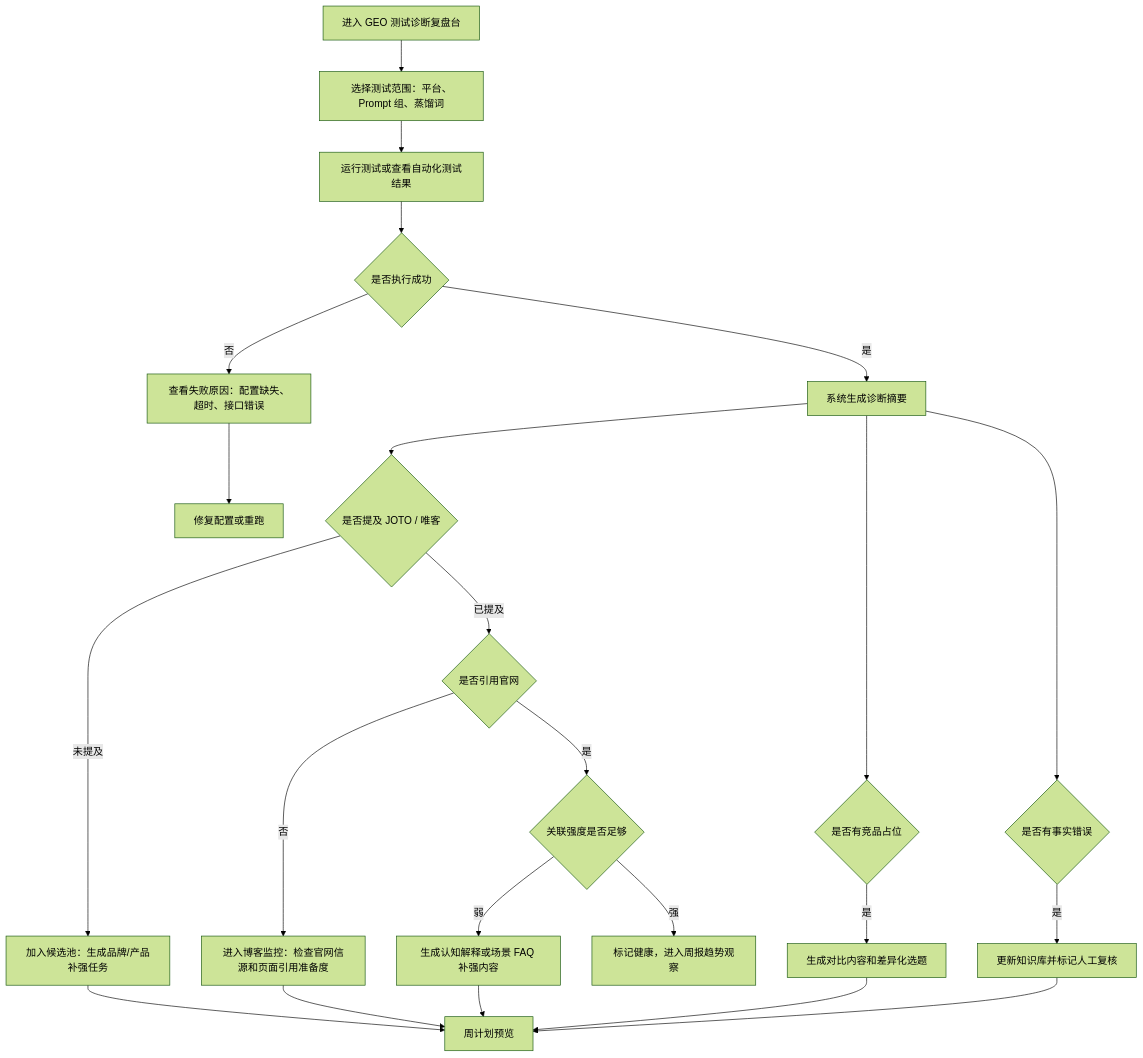
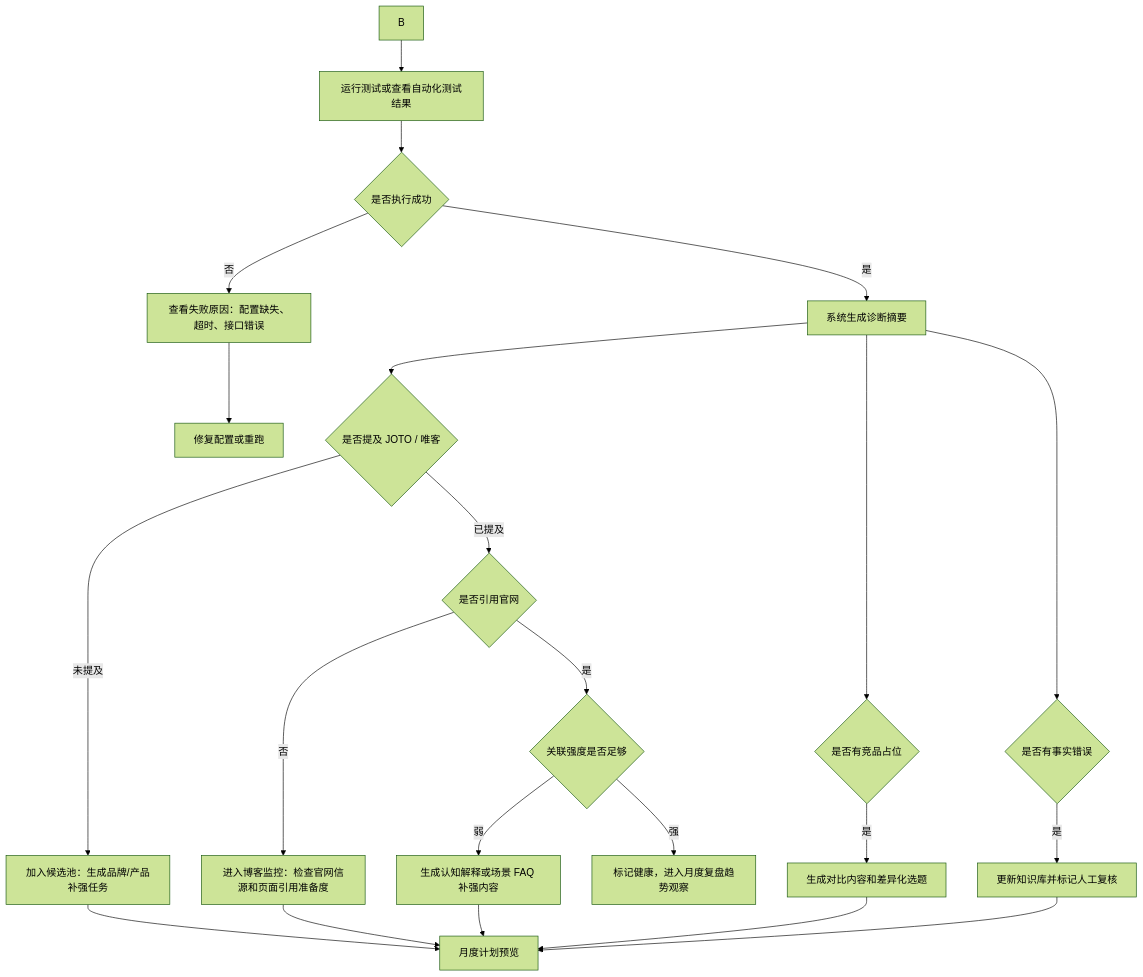
Before and after one commit to 1736280642-Star/gtm-content-growth-workbench: the first of 3 diagrams in docs/content-growth-system-v2-rules.md, drawn with Mermaid (forest theme). The commit also changed other lines of this file and 63 other files, not shown here.

````diff
--- a/docs/content-growth-system-v2-rules.md
+++ b/docs/content-growth-system-v2-rules.md
@@ -340,25 +329,24 @@
 ```mermaid
 flowchart TD
-  A["进入 GEO 测试诊断复盘台"] --> B["选择测试范围：平台、Prompt 组、蒸馏词"]
   B --> C["运行测试或查看自动化测试结果"]
   C --> D{"是否执行成功"}
   D -- "否" --> E["查看失败原因：配置缺失、超时、接口错误"]
   E --> F["修复配置或重跑"]
   D -- "是" --> G["系统生成诊断摘要"]
   G --> H{"是否提及 JOTO / 唯客"}
   H -- "未提及" --> I["加入候选池：生成品牌/产品补强任务"]
   H -- "已提及" --> J{"是否引用官网"}
   J -- "否" --> K["进入博客监控：检查官网信源和页面引用准备度"]
   J -- "是" --> L{"关联强度是否足够"}
   L -- "弱" --> M["生成认知解释或场景 FAQ 补强内容"]
-  L -- "强" --> N["标记健康，进入周报趋势观察"]
+  L -- "强" --> N["标记健康，进入月度复盘趋势观察"]
   G --> O{"是否有竞品占位"}
   O -- "是" --> P["生成对比内容和差异化选题"]
   G --> Q{"是否有事实错误"}
   Q -- "是" --> R["更新知识库并标记人工复核"]
-  I --> S["周计划预览"]
+  I --> S["月度计划预览"]
   K --> S
   M --> S
   P --> S
   R --> S
 ```
````
